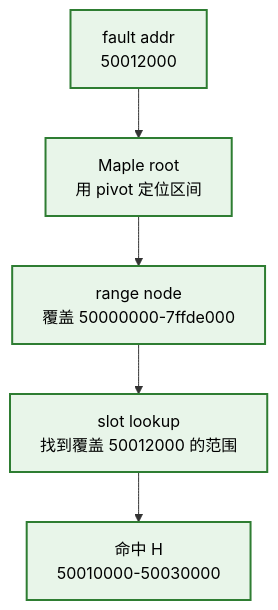
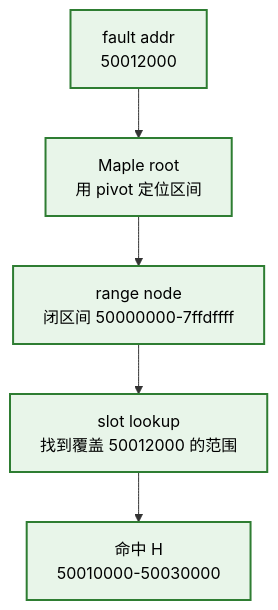
Before and after one commit to FormingSystem/linux_note: the seventh of 9 diagrams in knowledge/linux/data_structures/红黑树_rb-tree/P48_从VMA辅助索引到Maple范围节点.md, drawn with Mermaid. The commit also changed other lines of this file and 4 other files, not shown here.

````diff
--- a/knowledge/linux/data_structures/红黑树_rb-tree/P48_从VMA辅助索引到Maple范围节点.md
+++ b/knowledge/linux/data_structures/红黑树_rb-tree/P48_从VMA辅助索引到Maple范围节点.md
@@ -418,13 +440,13 @@
 ```mermaid
 flowchart TD
 	start["fault addr<br/>50012000"]
 	root["Maple root<br/>用 pivot 定位区间"]
-	node["range node<br/>覆盖 50000000-7ffde000"]
+	node["range node<br/>闭区间 50000000-7ffdffff"]
 	slot["slot lookup<br/>找到覆盖 50012000 的范围"]
 	hit["命中 H<br/>50010000-50030000"]
 
 	start --> root --> node --> slot --> hit
 
 	classDef mt fill:#e8f5e9,stroke:#2e7d32,color:#000,stroke-width:2px;
 	class start,root,node,slot,hit mt;
 ```
````
